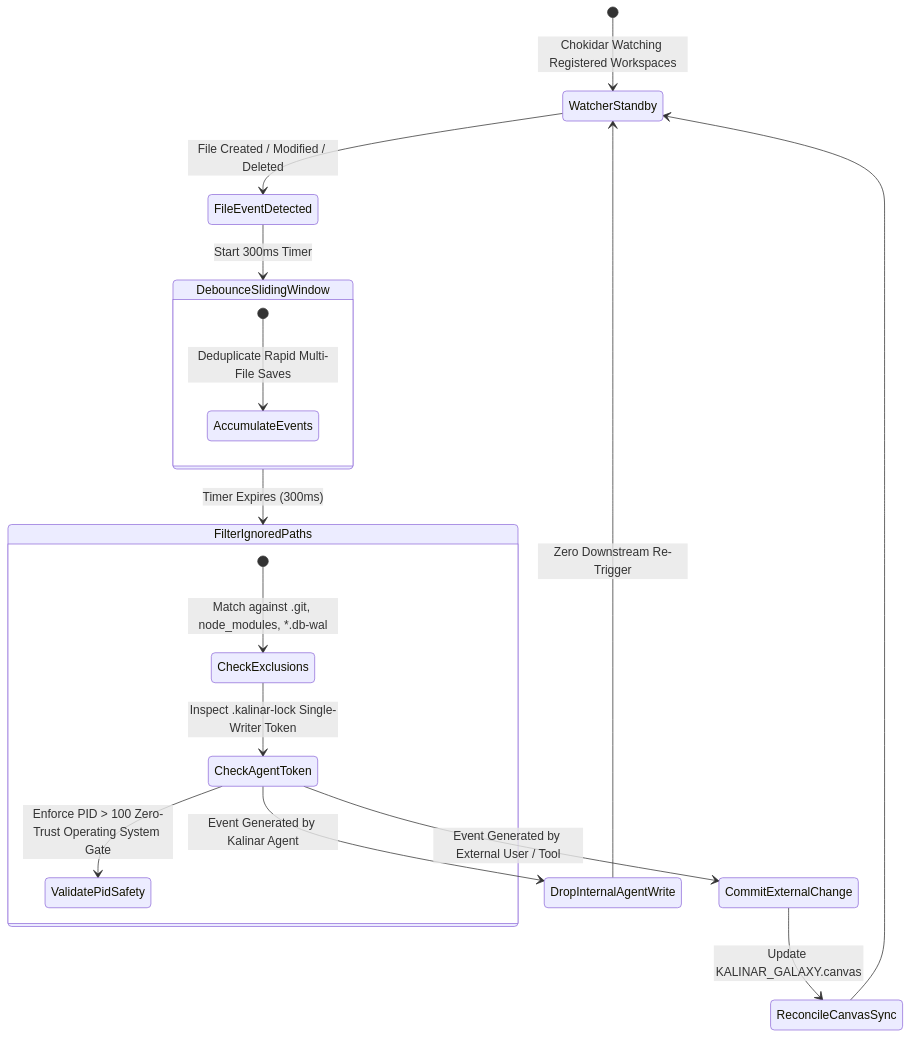
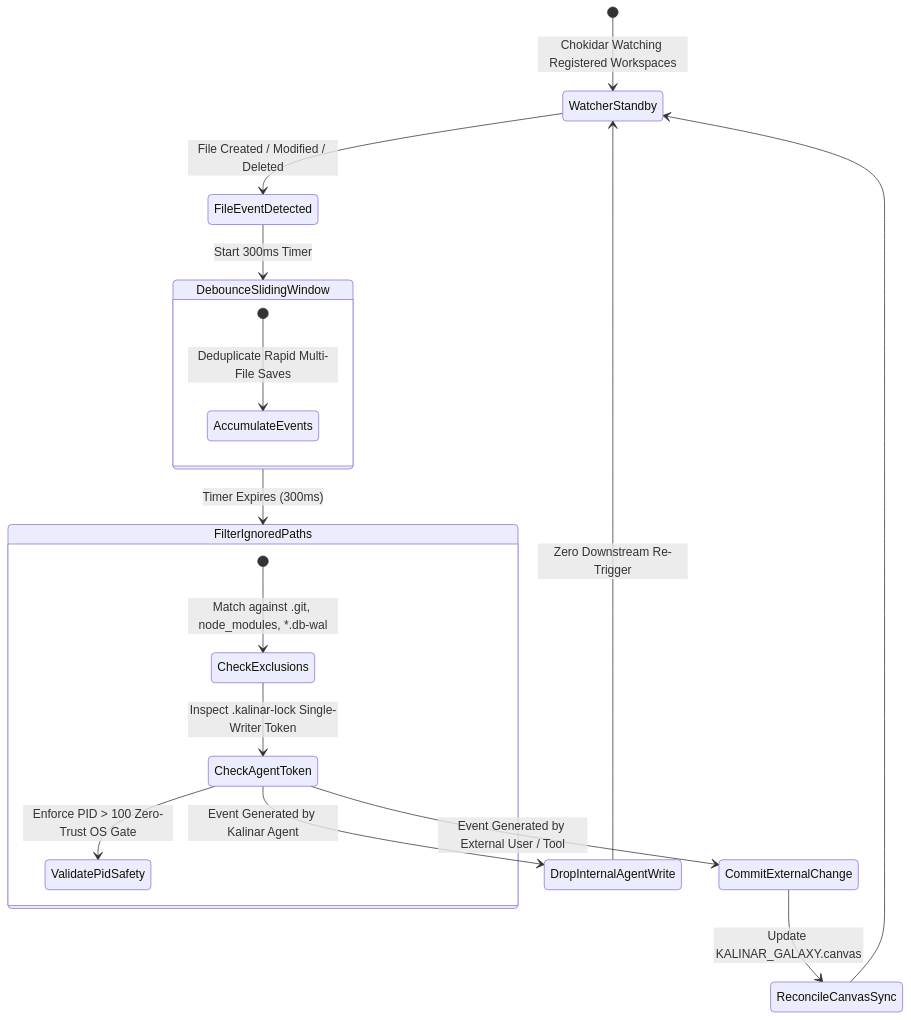
Before and after one commit to code-thiago/kalinar-agent-galaxy-os: the fourth of 4 diagrams in .antigravity/blueprint/03_APP_FLOW.md, drawn with Mermaid. The commit also changed other lines of this file, not shown here.

Commit message:
docs(blueprint): lock v1.0.1 canonical app flow and state machines in 03_APP_FLOW.md

````diff
--- a/.antigravity/blueprint/03_APP_FLOW.md
+++ b/.antigravity/blueprint/03_APP_FLOW.md
@@ -140,26 +125,26 @@
 ```mermaid
 stateDiagram-v2
     [*] --> WatcherStandby: Chokidar Watching Registered Workspaces
     
     WatcherStandby --> FileEventDetected: File Created / Modified / Deleted
     FileEventDetected --> DebounceSlidingWindow: Start 300ms Timer
     
     state DebounceSlidingWindow {
         [*] --> AccumulateEvents: Deduplicate Rapid Multi-File Saves
     }
 
     DebounceSlidingWindow --> FilterIgnoredPaths: Timer Expires (300ms)
     
     state FilterIgnoredPaths {
         [*] --> CheckExclusions: Match against .git, node_modules, *.db-wal
         CheckExclusions --> CheckAgentToken: Inspect .kalinar-lock Single-Writer Token
-        CheckAgentToken --> ValidatePidSafety: Enforce PID > 100 Zero-Trust Operating System Gate
+        CheckAgentToken --> ValidatePidSafety: Enforce PID > 100 Zero-Trust OS Gate
     }
 
     CheckAgentToken --> DropInternalAgentWrite: Event Generated by Kalinar Agent
     DropInternalAgentWrite --> WatcherStandby: Zero Downstream Re-Trigger
 
     CheckAgentToken --> CommitExternalChange: Event Generated by External User / Tool
     CommitExternalChange --> ReconcileCanvasSync: Update KALINAR_GALAXY.canvas
     ReconcileCanvasSync --> WatcherStandby
 ```
````
